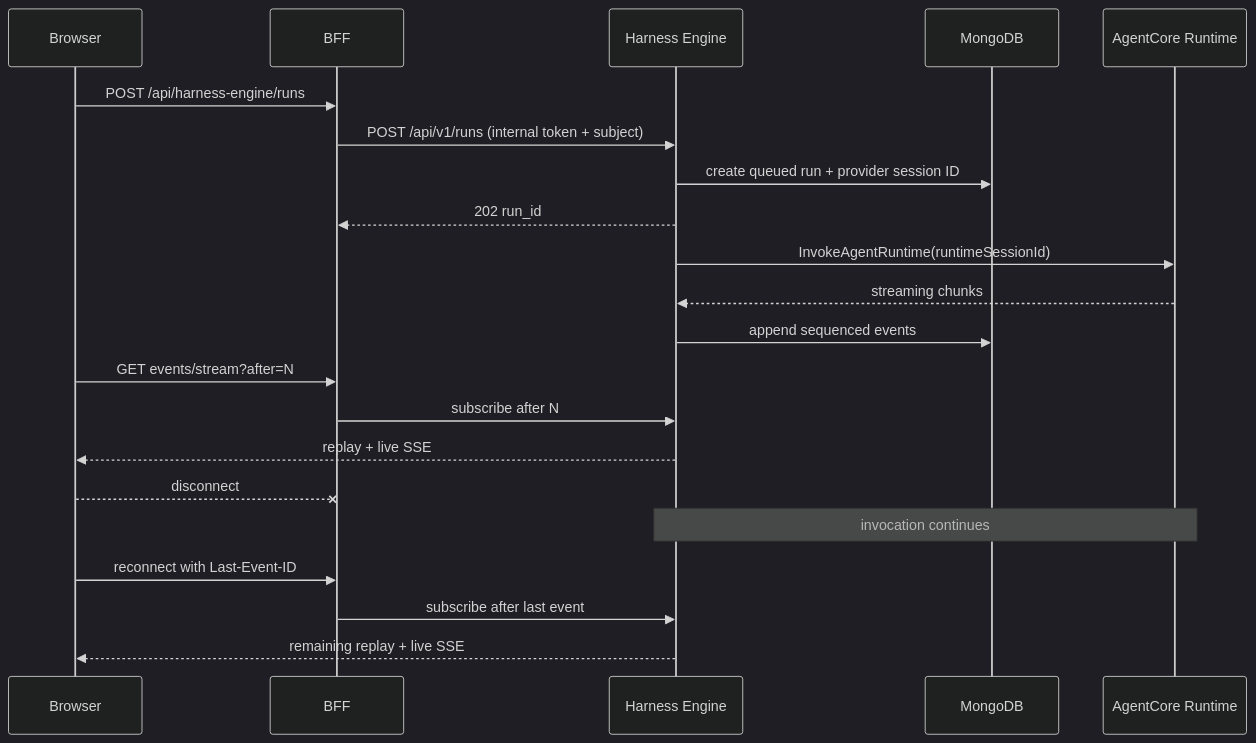
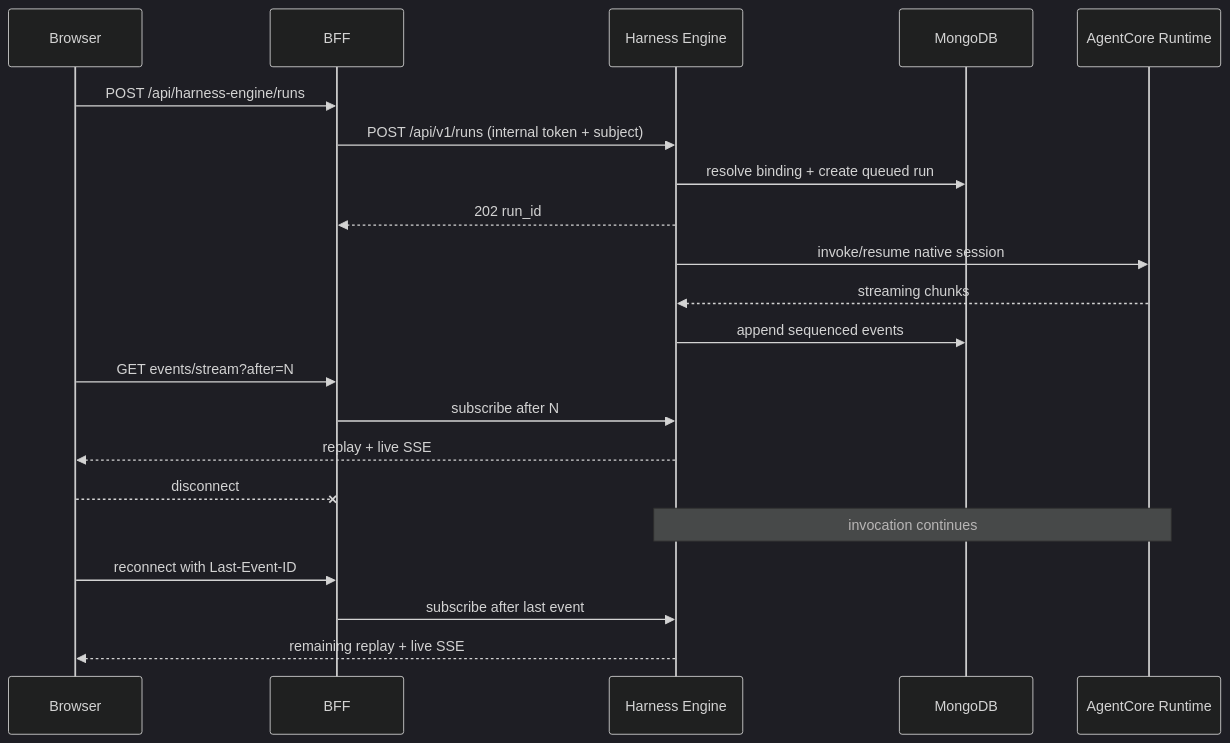
Before and after one commit to cnoe-io/ai-platform-engineering: the diagram in ai_platform_engineering/harness_engine/README.md, drawn with Mermaid (dark theme). The commit also changed other lines of this file and 35 other files, not shown here.

````diff
--- a/ai_platform_engineering/harness_engine/README.md
+++ b/ai_platform_engineering/harness_engine/README.md
@@ -16,24 +23,24 @@
 ```mermaid
 sequenceDiagram
     participant Browser
     participant BFF
     participant HE as Harness Engine
     participant MongoDB
     participant AC as AgentCore Runtime
 
     Browser->>BFF: POST /api/harness-engine/runs
     BFF->>HE: POST /api/v1/runs (internal token + subject)
-    HE->>MongoDB: create queued run + provider session ID
+    HE->>MongoDB: resolve binding + create queued run
     HE-->>BFF: 202 run_id
-    HE->>AC: InvokeAgentRuntime(runtimeSessionId)
+    HE->>AC: invoke/resume native session
     AC-->>HE: streaming chunks
     HE->>MongoDB: append sequenced events
     Browser->>BFF: GET events/stream?after=N
     BFF->>HE: subscribe after N
     HE-->>Browser: replay + live SSE
     Browser--xBFF: disconnect
     Note over HE,AC: invocation continues
     Browser->>BFF: reconnect with Last-Event-ID
     BFF->>HE: subscribe after last event
     HE-->>Browser: remaining replay + live SSE
 ```
````
